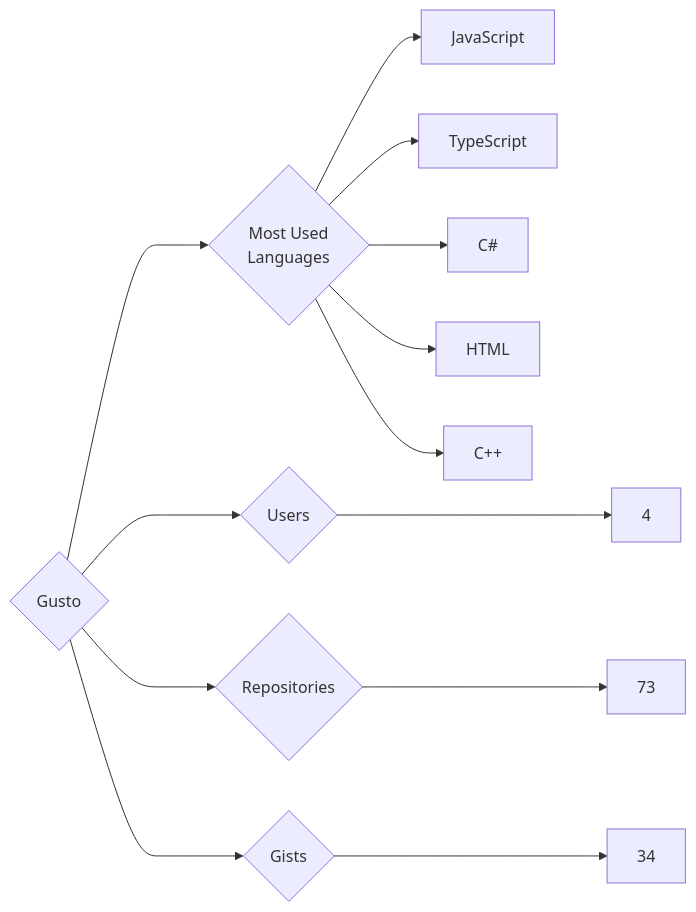
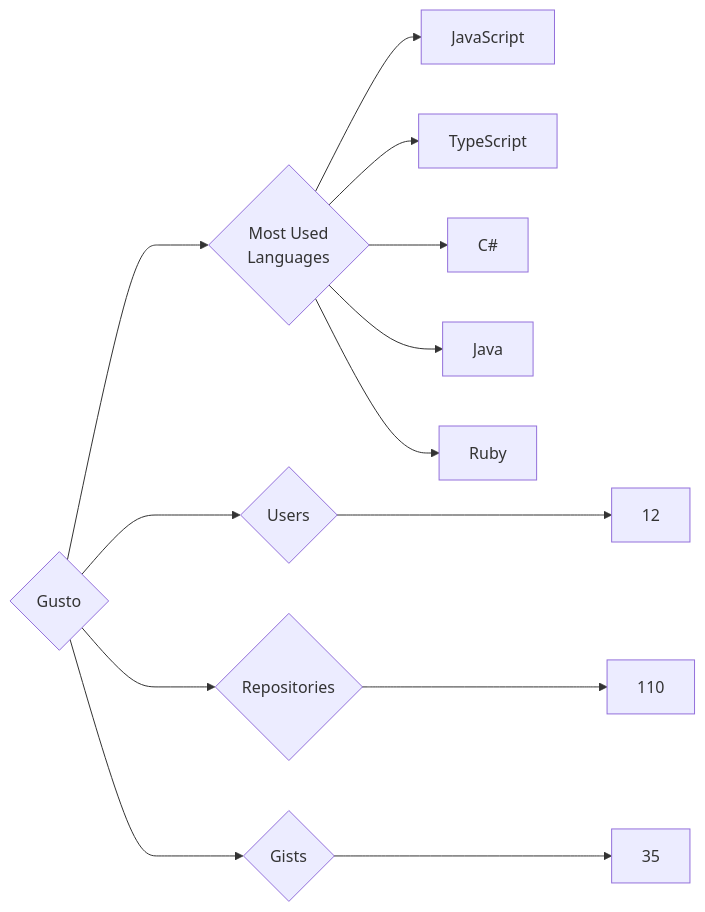
The diagram in targets/Gusto/README.md (trickest/insiders), drawn with Mermaid before and after one commit. The commit also changed 823 other files, not shown here.

````diff
--- a/targets/Gusto/README.md
+++ b/targets/Gusto/README.md
@@ -3,13 +3,13 @@
 ```mermaid
 graph LR
 COMPANY_NAME{Gusto}
-COMPANY_NAME ---> U{Users} ---> UN[4]
-COMPANY_NAME ---> R{Repositories} ---> RN[73]
-COMPANY_NAME ---> G{Gists} ---> GN[34]
+COMPANY_NAME ---> U{Users} ---> UN[12]
+COMPANY_NAME ---> R{Repositories} ---> RN[110]
+COMPANY_NAME ---> G{Gists} ---> GN[35]
 COMPANY_NAME ---> ML{Most Used<br>Languages}
 ML --> JavaScript[JavaScript]
 ML --> TypeScript[TypeScript]
 ML --> C#[C#]
-ML --> HTML[HTML]
-ML --> C++[C++]
+ML --> Java[Java]
+ML --> Ruby[Ruby]
 ```
````
